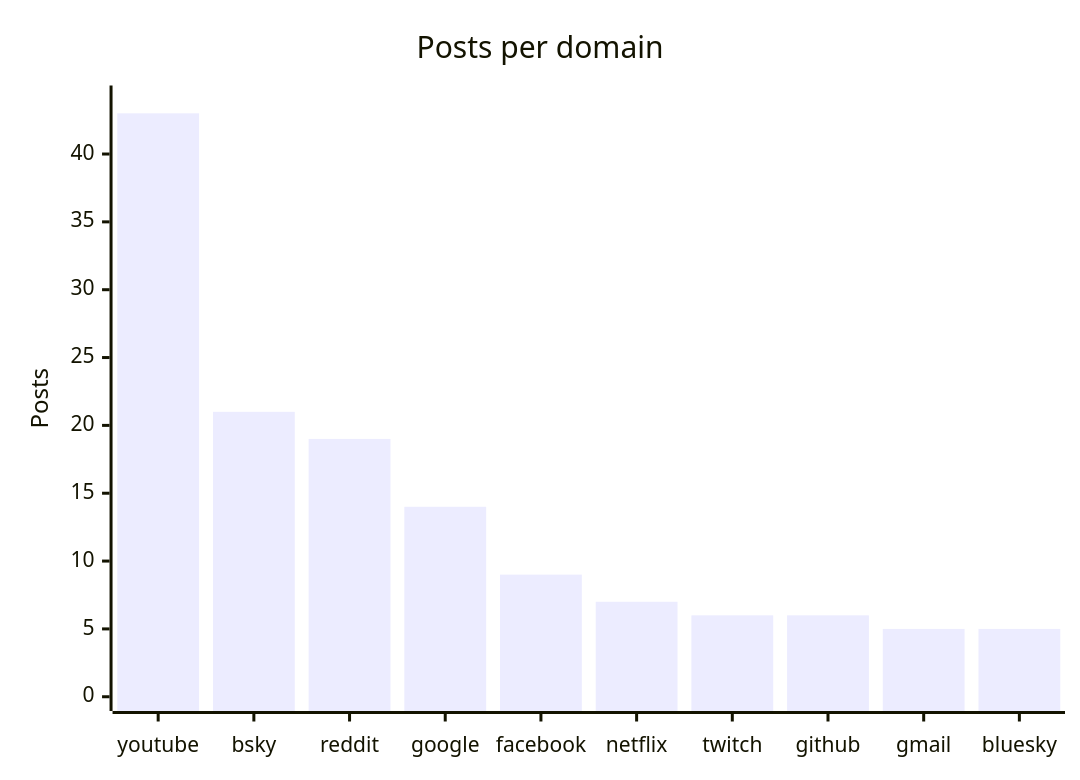
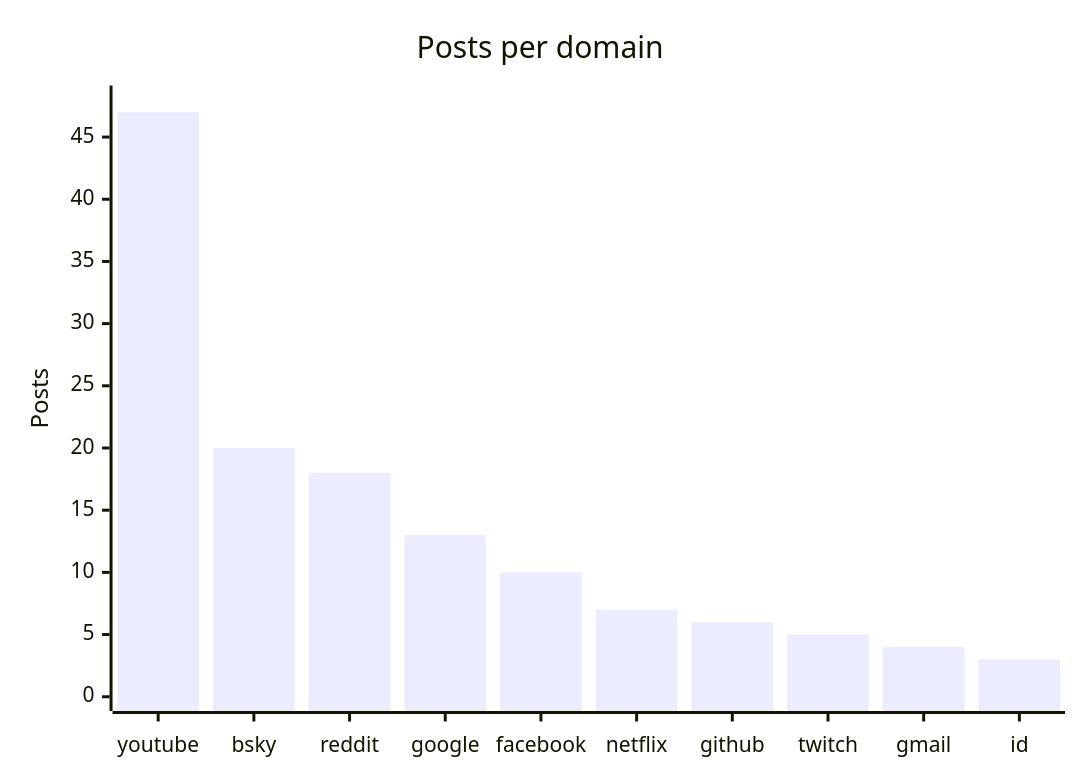
One commit to martinbalfanz/social-scanner-reports changed the fourth of 4 diagrams in README.md. Above: the diagram before and after it, drawn with Mermaid. The commit also changed other lines of this file and 4 other files, not shown here.

````diff
--- a/README.md
+++ b/README.md
@@ -58,7 +58,7 @@
 ```mermaid
 xychart-beta
     title "Posts per domain"
-    x-axis ["youtube", "bsky", "reddit", "google", "facebook", "netflix", "twitch", "github", "gmail", "bluesky"]
-    y-axis "Posts" 0 --> 44
-    bar [43, 21, 19, 14, 9, 7, 6, 6, 5, 5]
+    x-axis ["youtube", "bsky", "reddit", "google", "facebook", "netflix", "github", "twitch", "gmail", "id"]
+    y-axis "Posts" 0 --> 48
+    bar [47, 20, 18, 13, 10, 7, 6, 5, 4, 3]
 ```
````
